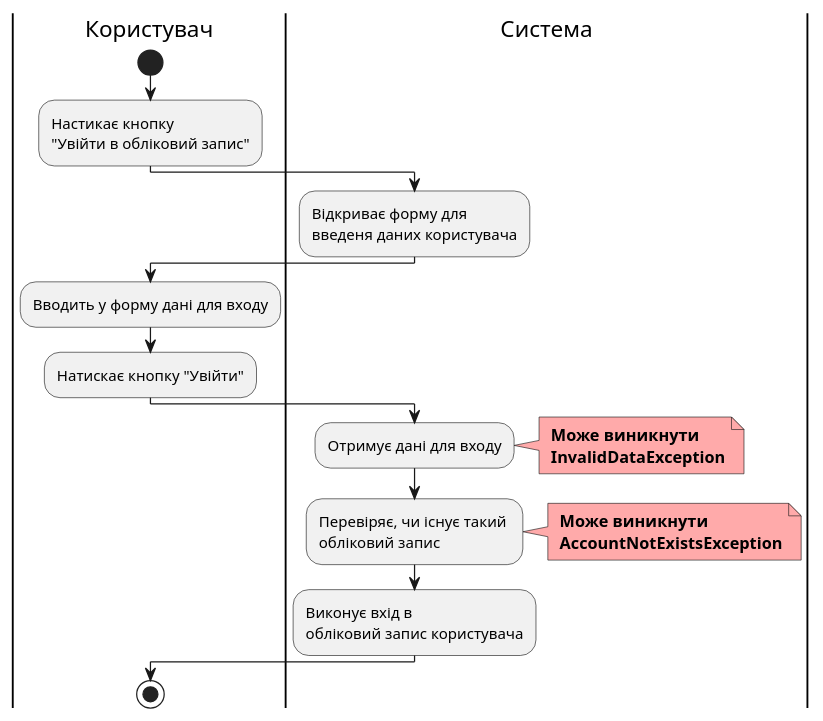
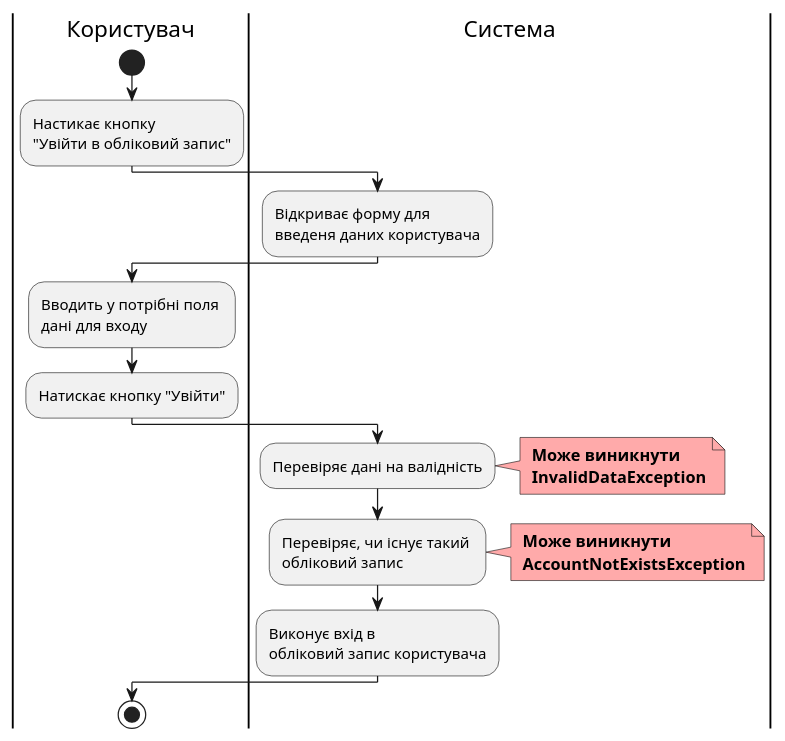
The second of 4 diagrams in docs/use cases/README.md (samoilenkomariia/db-coursework), drawn with PlantUML before and after one commit. The commit also changed other lines of this file, not shown here.

```diff
--- a/docs/use cases/README.md
+++ b/docs/use cases/README.md
@@ -52,32 +55,32 @@
 @startuml
 
   |Користувач|
       start;
         :Настикає кнопку \n"Увійти в обліковий запис";
         
   |Система|
         :Відкриває форму для \nвведеня даних користувача;
   
   |Користувач|
-        :Вводить у форму дані для входу;
+        :Вводить у потрібні поля \nдані для входу;
         :Натискає кнопку "Увійти";
         
   |Система|
-        :Отримує дані для входу;
+        :Перевіряє дані на валідність;
         note right #ffaaaa
         <b> Може виникнути
         <b> InvalidDataException
         end note
 
   |Система|
         :Перевіряє, чи існує такий \nобліковий запис;
         note right #ffaaaa
         <b> Може виникнути
         <b> AccountNotExistsException
         end note
         :Виконує вхід в \nобліковий запис користувача;
         
   |Користувач|
     stop;
     
 @enduml
```
